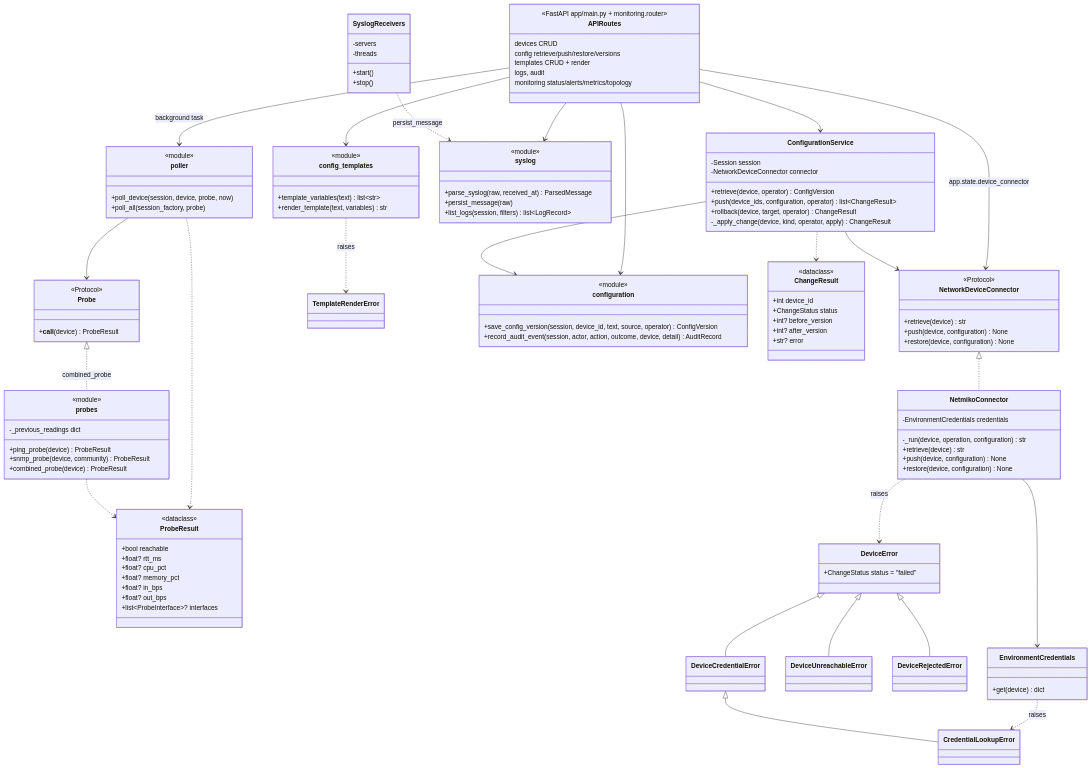
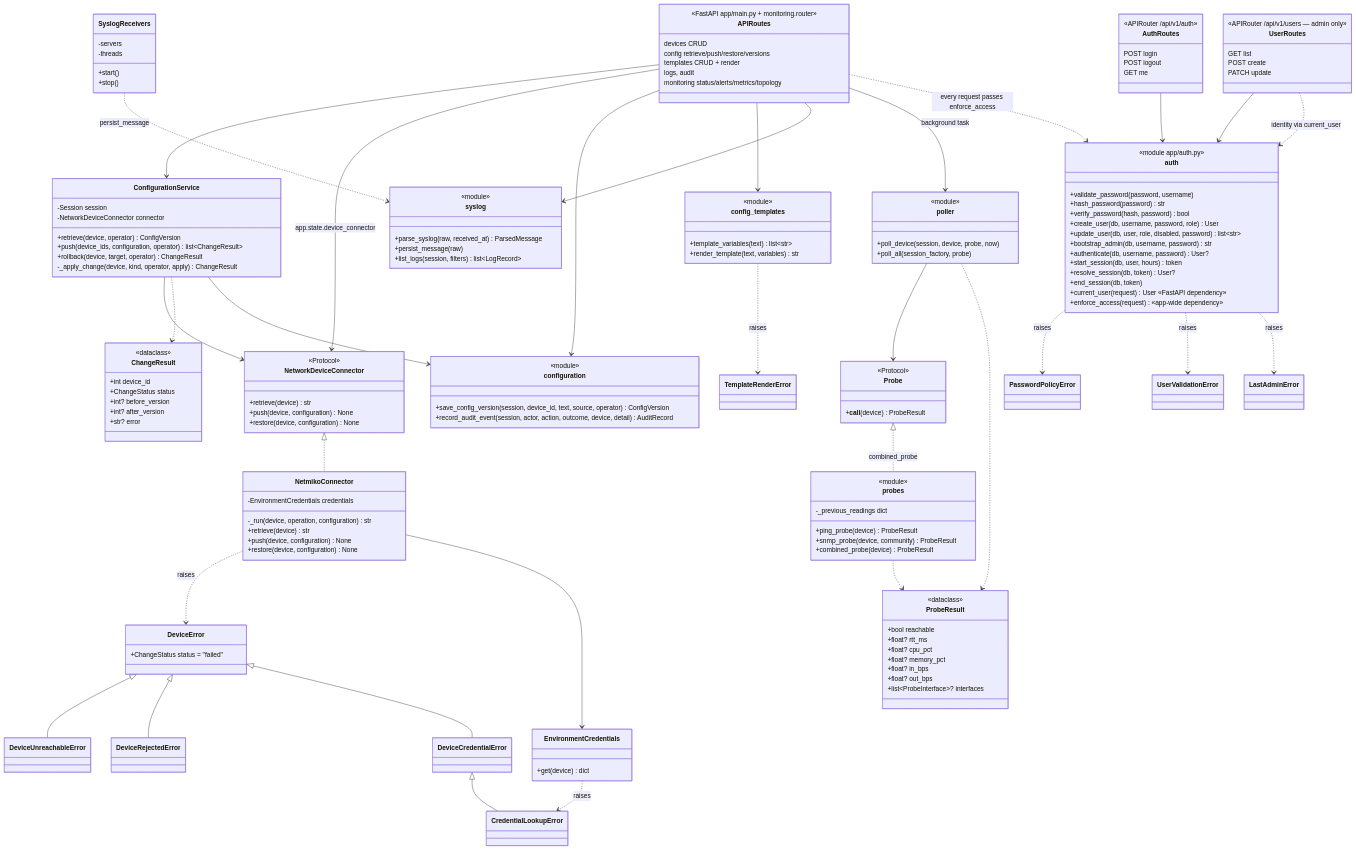
One commit to SeidaSecurity/CS-4398F26 changed the second of 2 diagrams in docs/design/class-diagram.md. Above: the diagram before and after it, drawn with Mermaid. The commit also changed other lines of this file and 3 other files, not shown here.

````diff
--- a/docs/design/class-diagram.md
+++ b/docs/design/class-diagram.md
@@ -193,6 +213,36 @@
     class DeviceUnreachableError
     class DeviceRejectedError
     class DeviceCredentialError
+    class auth {
+        <<module app/auth.py>>
+        +validate_password(password, username)
+        +hash_password(password) str
+        +verify_password(hash, password) bool
+        +create_user(db, username, password, role) User
+        +update_user(db, user, role, disabled, password) list~str~
+        +bootstrap_admin(db, username, password) str
+        +authenticate(db, username, password) User?
+        +start_session(db, user, hours) token
+        +resolve_session(db, token) User?
+        +end_session(db, token)
+        +current_user(request) User  «FastAPI dependency»
+        +enforce_access(request)  «app-wide dependency»
+    }
+    class PasswordPolicyError
+    class UserValidationError
+    class LastAdminError
+    class AuthRoutes {
+        <<APIRouter /api/v1/auth>>
+        POST login
+        POST logout
+        GET me
+    }
+    class UserRoutes {
+        <<APIRouter /api/v1/users — admin only>>
+        GET list
+        POST create
+        PATCH update
+    }
     class APIRoutes {
         <<FastAPI app/main.py + monitoring.router>>
         devices CRUD
@@ -225,4 +275,11 @@
     APIRoutes --> config_templates
     APIRoutes --> syslog
     APIRoutes --> poller : background task
+    auth ..> PasswordPolicyError : raises
+    auth ..> UserValidationError : raises
+    auth ..> LastAdminError : raises
+    AuthRoutes --> auth
+    UserRoutes --> auth
+    APIRoutes ..> auth : every request passes enforce_access
+    UserRoutes ..> auth : identity via current_user
 ```
````
